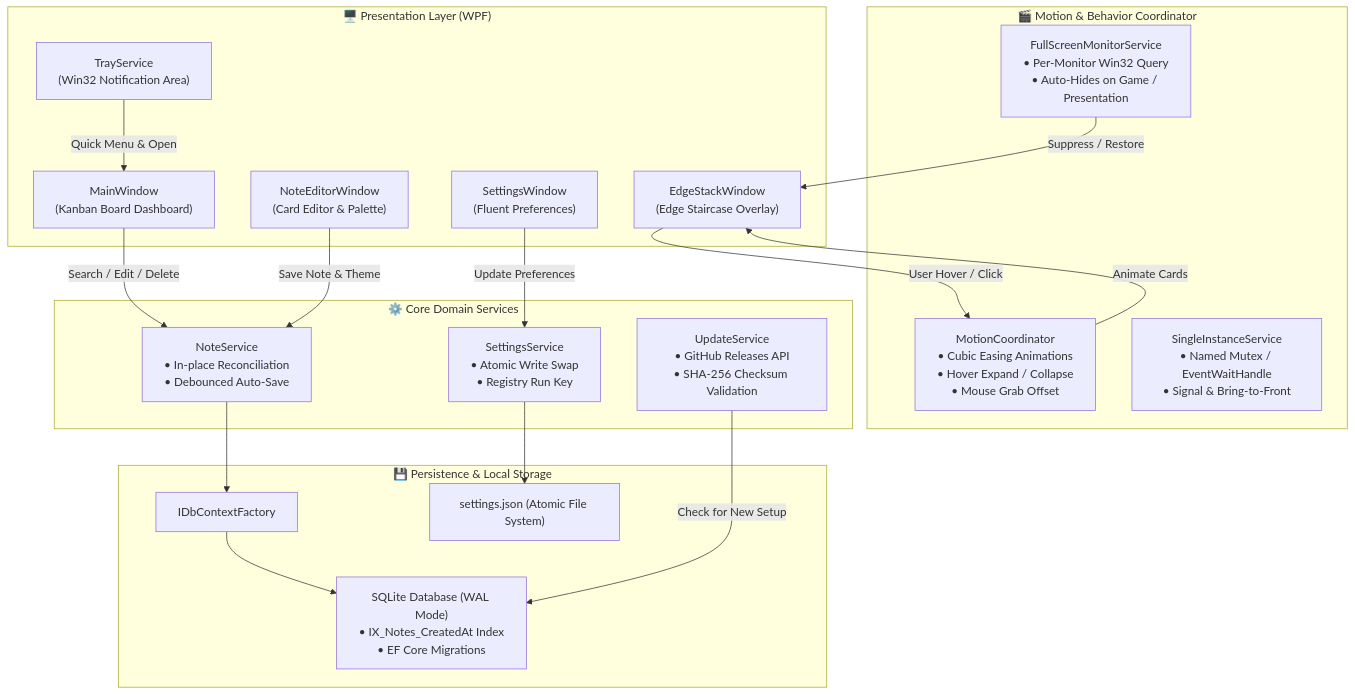
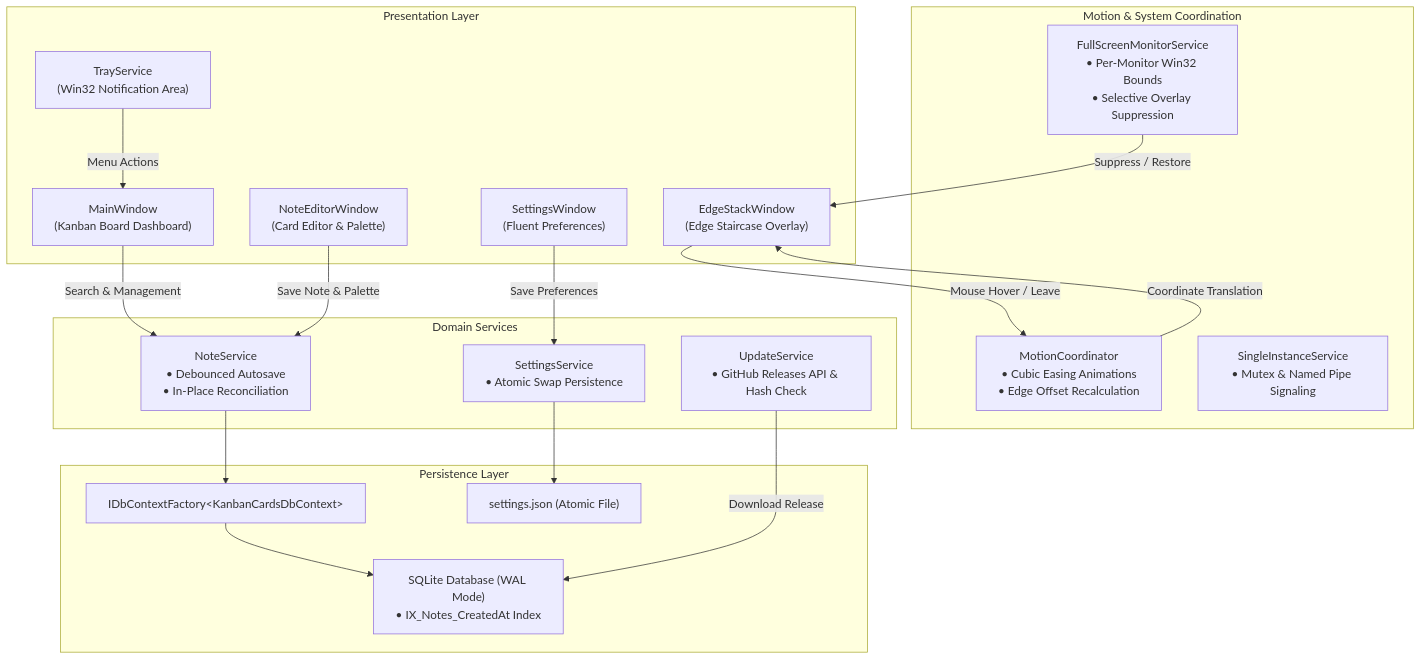
The diagram in README.md (danycli/KanbanCards), drawn with Mermaid before and after one commit. The commit also changed other lines of this file and 9 other files, not shown here.

````diff
--- a/README.md
+++ b/README.md
@@ -98,41 +105,41 @@
 ```mermaid
 flowchart TD
-    subgraph UI_Layer ["🖥️ Presentation Layer (WPF)"]
-        ESW["EdgeStackWindow\n(Edge Staircase Overlay)"]
-        MBW["MainWindow\n(Kanban Board Dashboard)"]
-        NEW["NoteEditorWindow\n(Card Editor & Palette)"]
-        STW["SettingsWindow\n(Fluent Preferences)"]
-        TRY["TrayService\n(Win32 Notification Area)"]
+    subgraph UI_Layer ["Presentation Layer"]
+        ESW["EdgeStackWindow<br/>(Edge Staircase Overlay)"]
+        MBW["MainWindow<br/>(Kanban Board Dashboard)"]
+        NEW["NoteEditorWindow<br/>(Card Editor & Palette)"]
+        STW["SettingsWindow<br/>(Fluent Preferences)"]
+        TRY["TrayService<br/>(Win32 Notification Area)"]
     end
 
-    subgraph Motion_Coordinator ["🎬 Motion & Behavior Coordinator"]
-        MC["MotionCoordinator\n• Cubic Easing Animations\n• Hover Expand / Collapse\n• Mouse Grab Offset"]
-        FSM["FullScreenMonitorService\n• Per-Monitor Win32 Query\n• Auto-Hides on Game / Presentation"]
-        SIM["SingleInstanceService\n• Named Mutex / EventWaitHandle\n• Signal & Bring-to-Front"]
+    subgraph Coordination ["Motion & System Coordination"]
+        MC["MotionCoordinator<br/>• Cubic Easing Animations<br/>• Edge Offset Recalculation"]
+        FSM["FullScreenMonitorService<br/>• Per-Monitor Win32 Bounds<br/>• Selective Overlay Suppression"]
+        SIM["SingleInstanceService<br/>• Mutex & Named Pipe Signaling"]
     end
 
-    subgraph Business_Services ["⚙️ Core Domain Services"]
-        NS["NoteService\n• In-place Reconciliation\n• Debounced Auto-Save"]
-        SS["SettingsService\n• Atomic Write Swap\n• Registry Run Key"]
-        US["UpdateService\n• GitHub Releases API\n• SHA-256 Checksum Validation"]
+    subgraph Services ["Domain Services"]
+        NS["NoteService<br/>• Debounced Autosave<br/>• In-Place Reconciliation"]
+        SS["SettingsService<br/>• Atomic Swap Persistence"]
+        US["UpdateService<br/>• GitHub Releases API & Hash Check"]
     end
 
-    subgraph Persistence ["💾 Persistence & Local Storage"]
-        DBCF["IDbContextFactory<KanbanCardsDbContext>"]
-        WAL["SQLite Database (WAL Mode)\n• IX_Notes_CreatedAt Index\n• EF Core Migrations"]
-        CFG["settings.json (Atomic File System)"]
+    subgraph Storage ["Persistence Layer"]
+        DBCF["IDbContextFactory&lt;KanbanCardsDbContext&gt;"]
+        WAL["SQLite Database (WAL Mode)<br/>• IX_Notes_CreatedAt Index"]
+        CFG["settings.json (Atomic File)"]
     end
 
-    ESW -->|User Hover / Click| MC
-    MC -->|Animate Cards| ESW
+    ESW -->|Mouse Hover / Leave| MC
+    MC -->|Coordinate Translation| ESW
     FSM -->|Suppress / Restore| ESW
-    MBW -->|Search / Edit / Delete| NS
-    NEW -->|Save Note & Theme| NS
-    STW -->|Update Preferences| SS
-    TRY -->|Quick Menu & Open| MBW
+    MBW -->|Search & Management| NS
+    NEW -->|Save Note & Palette| NS
+    STW -->|Save Preferences| SS
+    TRY -->|Menu Actions| MBW
 
     NS --> DBCF
     DBCF --> WAL
     SS --> CFG
-    US -->|Check for New Setup| WAL
+    US -->|Download Release| WAL
 ```
````
